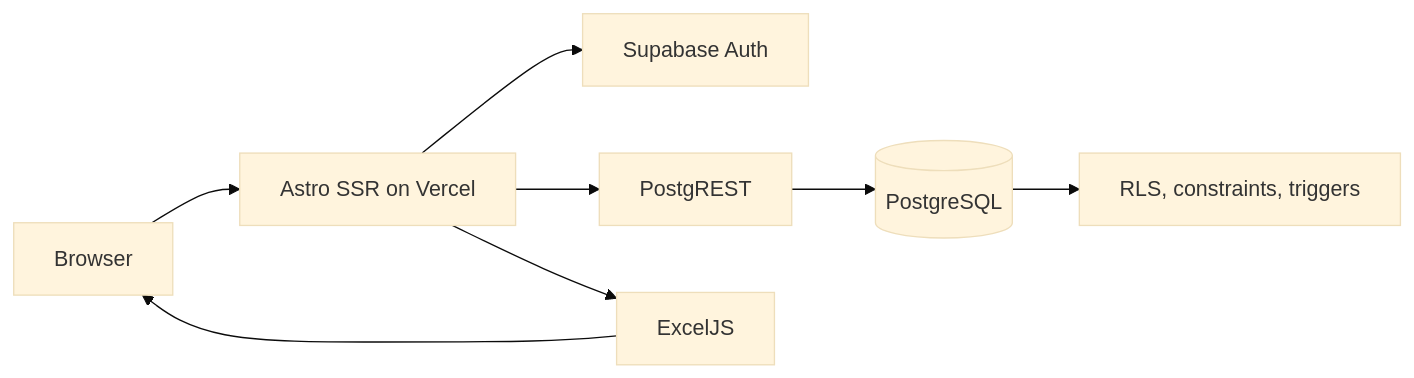
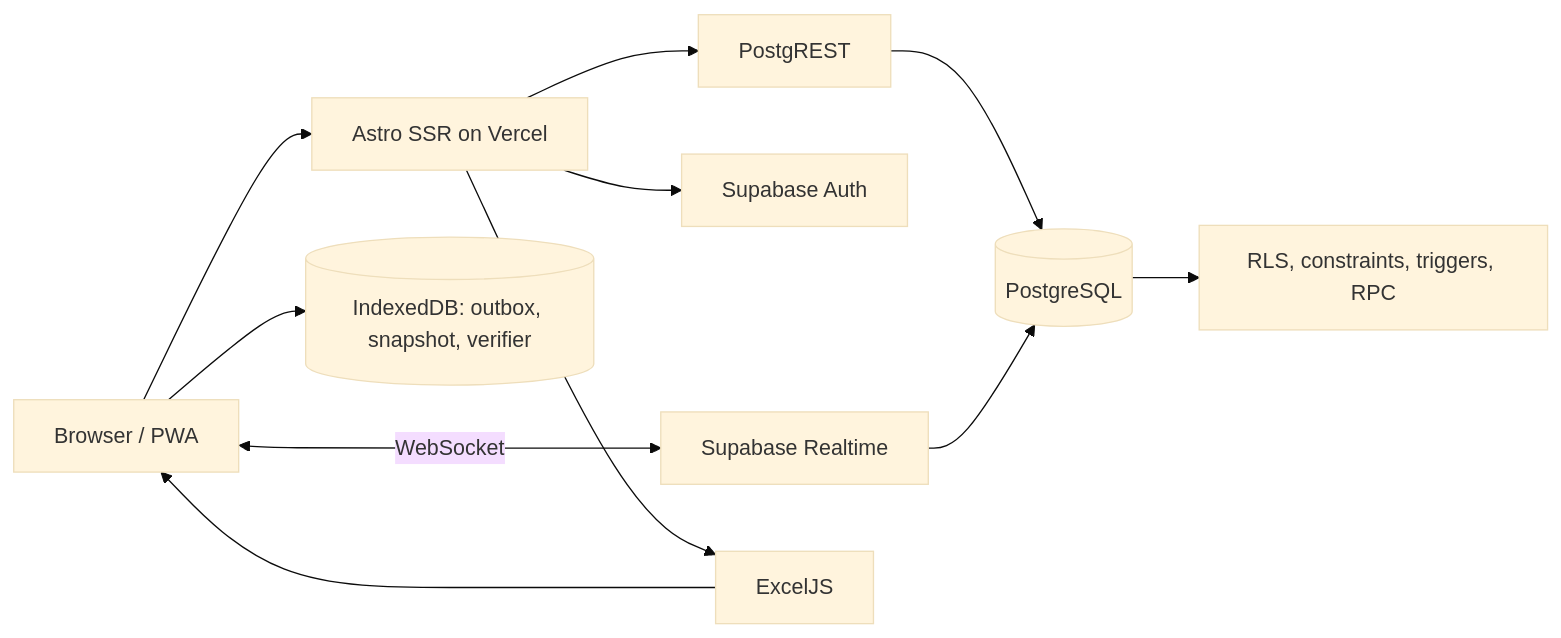
Before and after one commit to iamroymadelva/reporte-produccion: the first of 7 diagrams in docs/ARCHITECTURE.md, drawn with Mermaid (base theme). The commit also changed other lines of this file and 19 other files, not shown here.

````diff
--- a/docs/ARCHITECTURE.md
+++ b/docs/ARCHITECTURE.md
@@ -7,10 +7,13 @@
 ```mermaid
 flowchart LR
-    U[Browser] --> SSR[Astro SSR on Vercel]
+    U[Browser / PWA] --> SSR[Astro SSR on Vercel]
+    U <-->|WebSocket| RT[Supabase Realtime]
+    U --> IDB[(IndexedDB: outbox, snapshot, verifier)]
     SSR --> AUTH[Supabase Auth]
     SSR --> REST[PostgREST]
     REST --> PG[(PostgreSQL)]
-    PG --> SEC[RLS, constraints, triggers]
+    RT --> PG
+    PG --> SEC[RLS, constraints, triggers, RPC]
     SSR --> XLSX[ExcelJS]
     XLSX --> U
 ```
````
